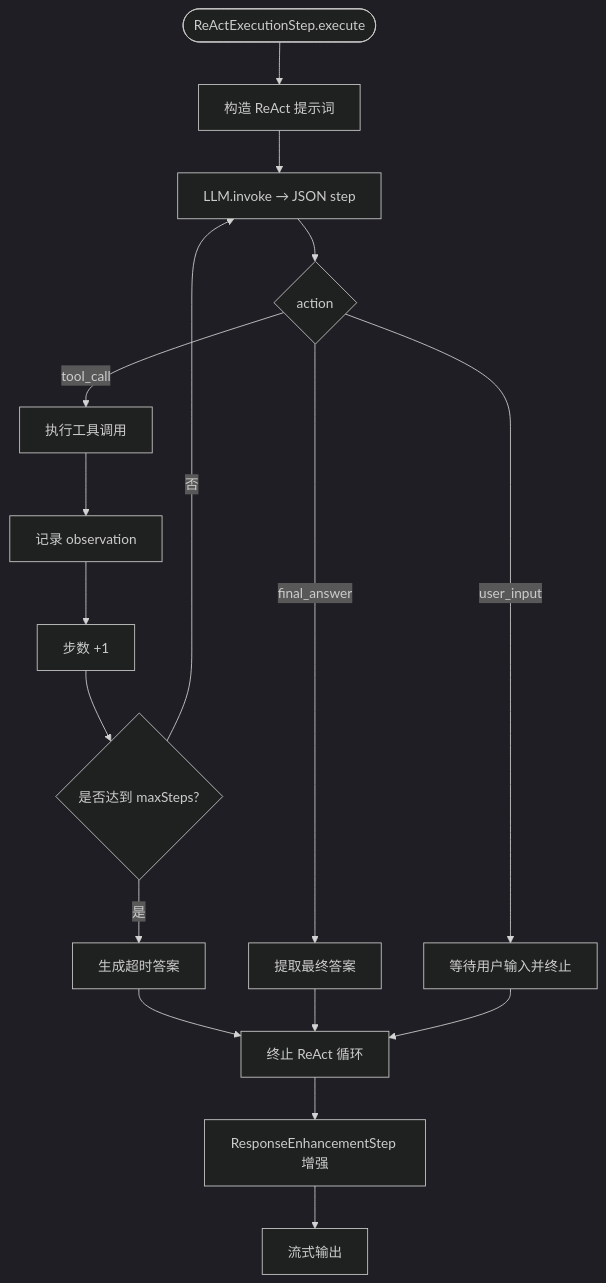
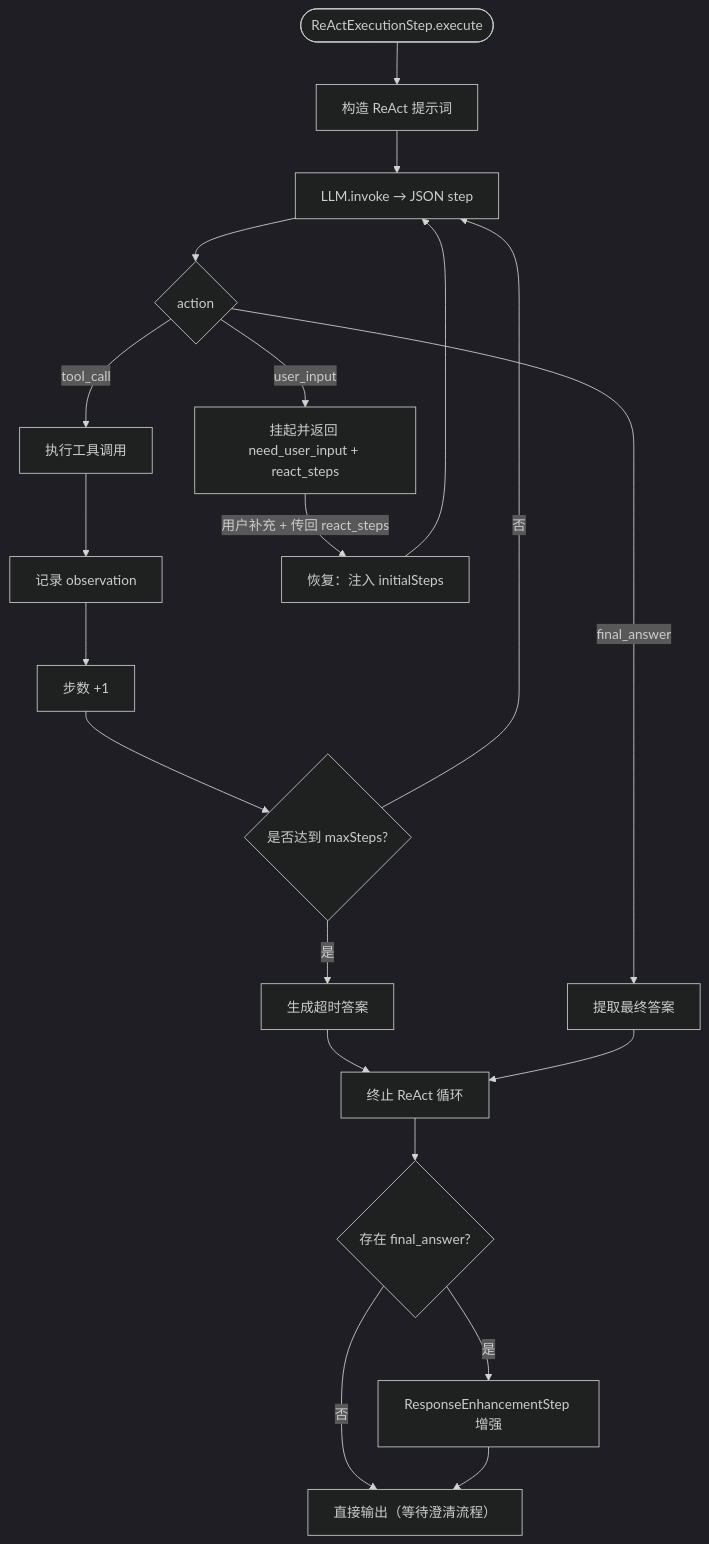
One commit to seemrcola/bot-server changed the second of 2 diagrams in docs/react-flow.md. Above: the diagram before and after it, drawn with Mermaid (dark theme). The commit also changed other lines of this file and 9 other files, not shown here.

````diff
--- a/docs/react-flow.md
+++ b/docs/react-flow.md
@@ -65,25 +65,29 @@
 ```mermaid
 flowchart TD
   start([ReActExecutionStep.execute]) --> build[构造 ReAct 提示词]
   build --> invoke[LLM.invoke → JSON step]
   invoke --> decision{action}
 
   %% tool_call 分支（向下）
   decision -- tool_call --> callTool[执行工具调用]
   callTool --> obs[记录 observation]
   obs --> stepInc[步数 +1]
   stepInc --> check{是否达到 maxSteps?}
   check -- 否 --> invoke
   check -- 是 --> timeout[生成超时答案]
 
   %% 终止类分支（与 tool_call 汇合）
   decision -- final_answer --> final[提取最终答案]
-  decision -- user_input  --> wait[等待用户输入并终止]
+  decision -- user_input  --> wait[挂起并返回 need_user_input + react_steps]
+  wait -- 用户补充 + 传回 react_steps --> resume[恢复：注入 initialSteps]
+  resume --> invoke
 
   timeout --> stop[终止 ReAct 循环]
   final   --> stop
-  wait    --> stop
+  %% 挂起并非终止，等待恢复
 
-  stop --> enhance[ResponseEnhancementStep 增强]
-  enhance --> output[流式输出]
+  stop --> enhance{存在 final_answer?}
+  enhance -- 是 --> enhanceStep[ResponseEnhancementStep 增强]
+  enhance -- 否 --> output[直接输出（等待澄清流程）]
+  enhanceStep --> output
 ```
````
